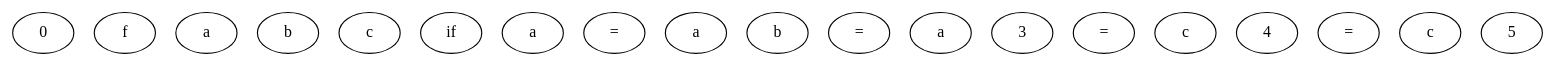
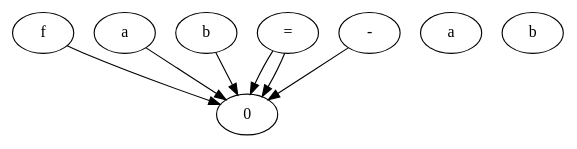
One commit to mateusalvi/Compilador changed the diagram in saida.dot. Above: the diagram before and after it, drawn with Graphviz. The commit also changed 7 other files, not shown here.

```diff
--- a/saida.dot
+++ b/saida.dot
@@ -1,37 +1,15 @@
 digraph {
-  0x4a514f0, 0x4a517e0;
-  0x4a517e0, 0x4a51a30;
-  0x4a51a30, 0x4a51c80;
-  0x4a51c80, 0x4a52930;
-  0x4a52930, 0x4a51e70;
-  0x4a52930, 0x4a522b0;
-  0x4a522b0, 0x4a52060;
-  0x4a522b0, 0x4a521b0;
-  0x4a52930, 0x4a52790;
-  0x4a52790, 0x4a52540;
-  0x4a52790, 0x4a52690;
-  0x4a52930, 0x4a52dd0;
-  0x4a52dd0, 0x4a52b80;
-  0x4a52dd0, 0x4a52cd0;
-  0x4a52dd0, 0x4a531c0;
-  0x4a531c0, 0x4a52f70;
-  0x4a531c0, 0x4a530c0;
+  0x4a514f0 -> 0x4a517e0
+  0x4a517e0 -> 0x4a51a30
+  0x4a51a30 -> 0x4a51f20
+  0x4a51f20 -> 0x4a51b80
+  0x4a51f20 -> 0x4a51e20
+  0x4a51e20 -> 0x4a51d20
   0x4a514f0 [ label="f" ];
   0x4a517e0 [ label="a" ];
   0x4a51a30 [ label="b" ];
-  0x4a51c80 [ label="c" ];
-  0x4a52930 [ label="if" ];
-  0x4a51e70 [ label="a" ];
-  0x4a522b0 [ label="=" ];
-  0x4a52060 [ label="a" ];
-  0x4a521b0 [ label="b" ];
-  0x4a52790 [ label="=" ];
-  0x4a52540 [ label="a" ];
-  0x4a52690 [ label="3" ];
-  0x4a52dd0 [ label="=" ];
-  0x4a52b80 [ label="c" ];
-  0x4a52cd0 [ label="4" ];
-  0x4a531c0 [ label="=" ];
-  0x4a52f70 [ label="c" ];
-  0x4a530c0 [ label="5" ];
+  0x4a51f20 [ label="=" ];
+  0x4a51b80 [ label="a" ];
+  0x4a51e20 [ label="-" ];
+  0x4a51d20 [ label="b" ];
 }
```
